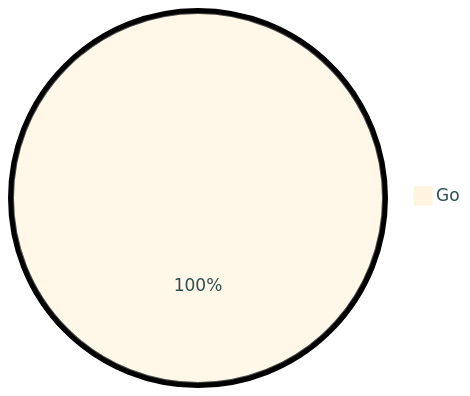
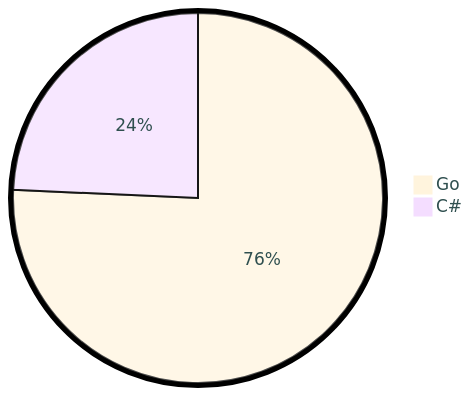
One commit to tot0p/tot0p changed the diagram in README.md. Above: the diagram before and after it, drawn with Mermaid. The commit also changed other lines of this file, not shown here.

````diff
--- a/README.md
+++ b/README.md
@@ -67,5 +69,6 @@
 ```mermaid
 %%{init: {"pie": {"textPosition": 0.5}, "themeVariables": {"pieOuterStrokeWidth": "5px","primaryTextColor" : "#2F4F4F"},"theme":"base"} }%%
 pie
-	"Go": 100.0
+	"Go": 75.7
+	"C#": 24.3
 ```
````
